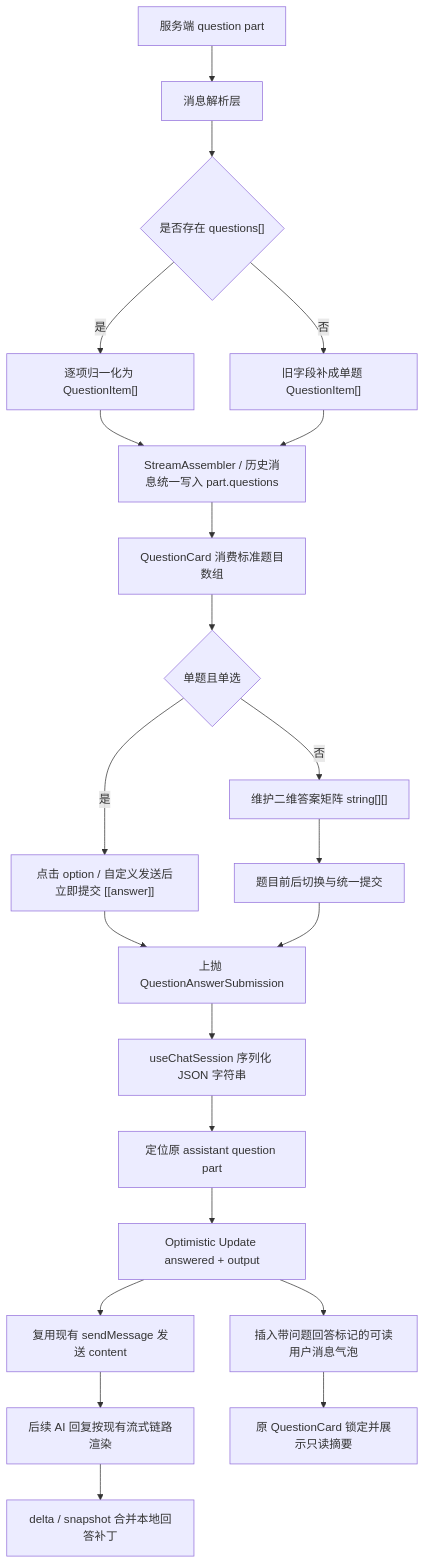
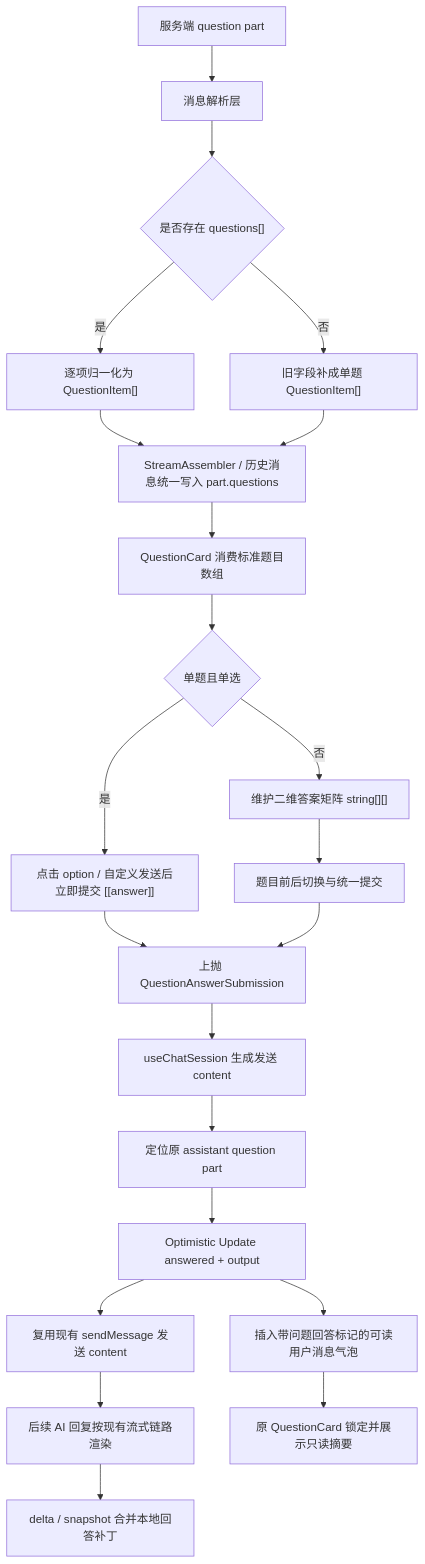
Before and after one commit to Abelsjcheng/skillSDK: the first of 4 diagrams in ai-chat-viewer/docs/2026-06-12-question-card-multi-question-answer-design.md, drawn with Mermaid. The commit also changed other lines of this file and 10 other files, not shown here.

````diff
--- a/ai-chat-viewer/docs/2026-06-12-question-card-multi-question-answer-design.md
+++ b/ai-chat-viewer/docs/2026-06-12-question-card-multi-question-answer-design.md
@@ -46,24 +46,24 @@
 ```mermaid
 flowchart TD
     A["服务端 question part"] --> B["消息解析层"]
     B --> C{"是否存在 questions[]"}
     C -- "是" --> D["逐项归一化为 QuestionItem[]"]
     C -- "否" --> E["旧字段补成单题 QuestionItem[]"]
     D --> F["StreamAssembler / 历史消息统一写入 part.questions"]
     E --> F
     F --> G["QuestionCard 消费标准题目数组"]
     G --> H{"单题且单选"}
     H -- "是" --> I["点击 option / 自定义发送后立即提交 [[answer]]"]
     H -- "否" --> J["维护二维答案矩阵 string[][]"]
     J --> K["题目前后切换与统一提交"]
     I --> L["上抛 QuestionAnswerSubmission"]
     K --> L
-    L --> M["useChatSession 序列化 JSON 字符串"]
+    L --> M["useChatSession 生成发送 content"]
     M --> N["定位原 assistant question part"]
     N --> O["Optimistic Update answered + output"]
     O --> P["复用现有 sendMessage 发送 content"]
     O --> Q["插入带问题回答标记的可读用户消息气泡"]
     P --> R["后续 AI 回复按现有流式链路渲染"]
     R --> S["delta / snapshot 合并本地回答补丁"]
     Q --> T["原 QuestionCard 锁定并展示只读摘要"]
 ```
````
